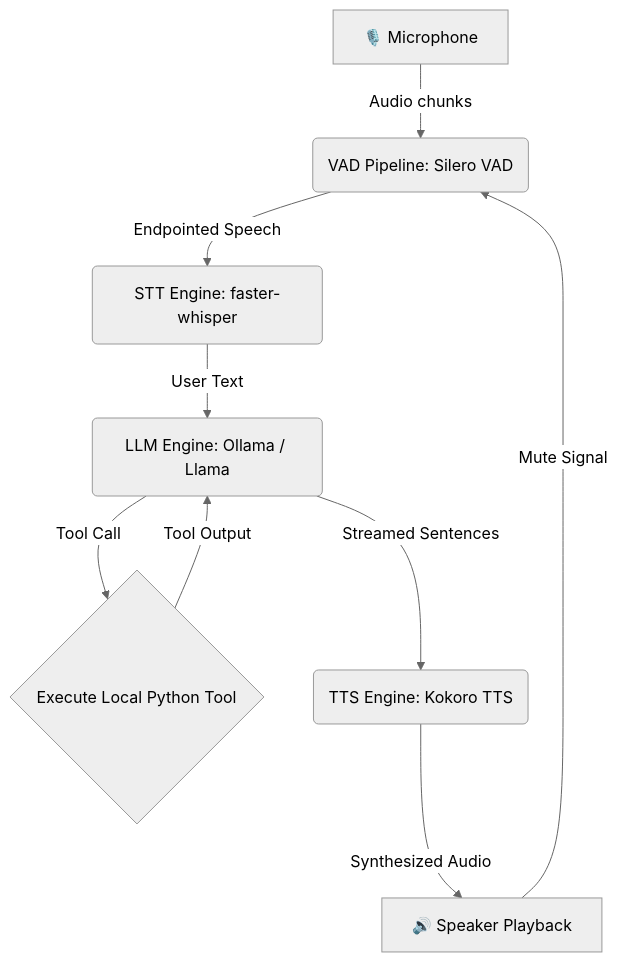
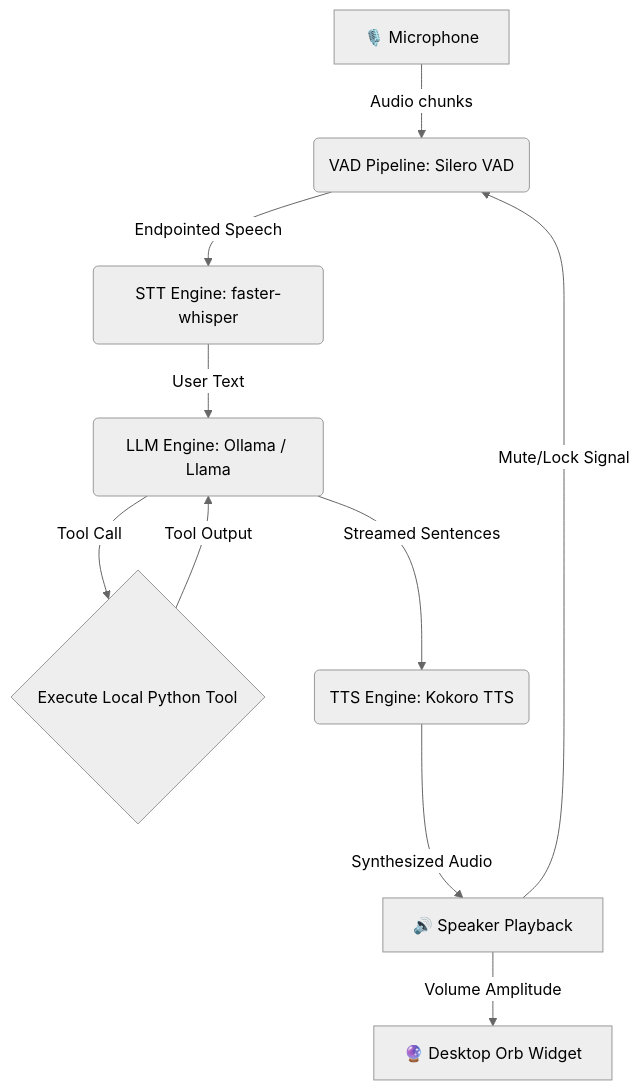
The diagram in README.md (saikrishnaallam/jarvis_ai), drawn with Mermaid (neutral theme) before and after one commit. The commit also changed other lines of this file, not shown here.

````diff
--- a/README.md
+++ b/README.md
@@ -18,11 +18,12 @@
 ```mermaid
 graph TD
     A[🎙️ Microphone] -->|Audio chunks| B(VAD Pipeline: Silero VAD)
     B -->|Endpointed Speech| C(STT Engine: faster-whisper)
     C -->|User Text| D(LLM Engine: Ollama / Llama)
     D -->|Tool Call| E{Execute Local Python Tool}
     E -->|Tool Output| D
     D -->|Streamed Sentences| F(TTS Engine: Kokoro TTS)
     F -->|Synthesized Audio| G[🔊 Speaker Playback]
-    G -->|Mute Signal| B
+    G -->|Mute/Lock Signal| B
+    G -->|Volume Amplitude| H[🔮 Desktop Orb Widget]
 ```
````
